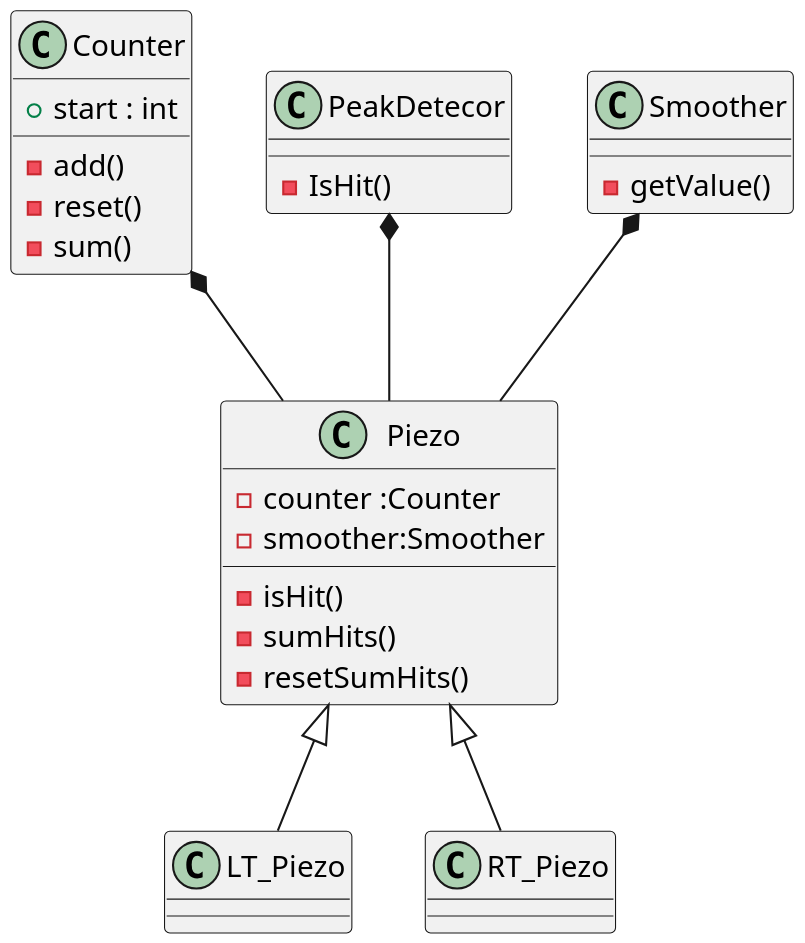
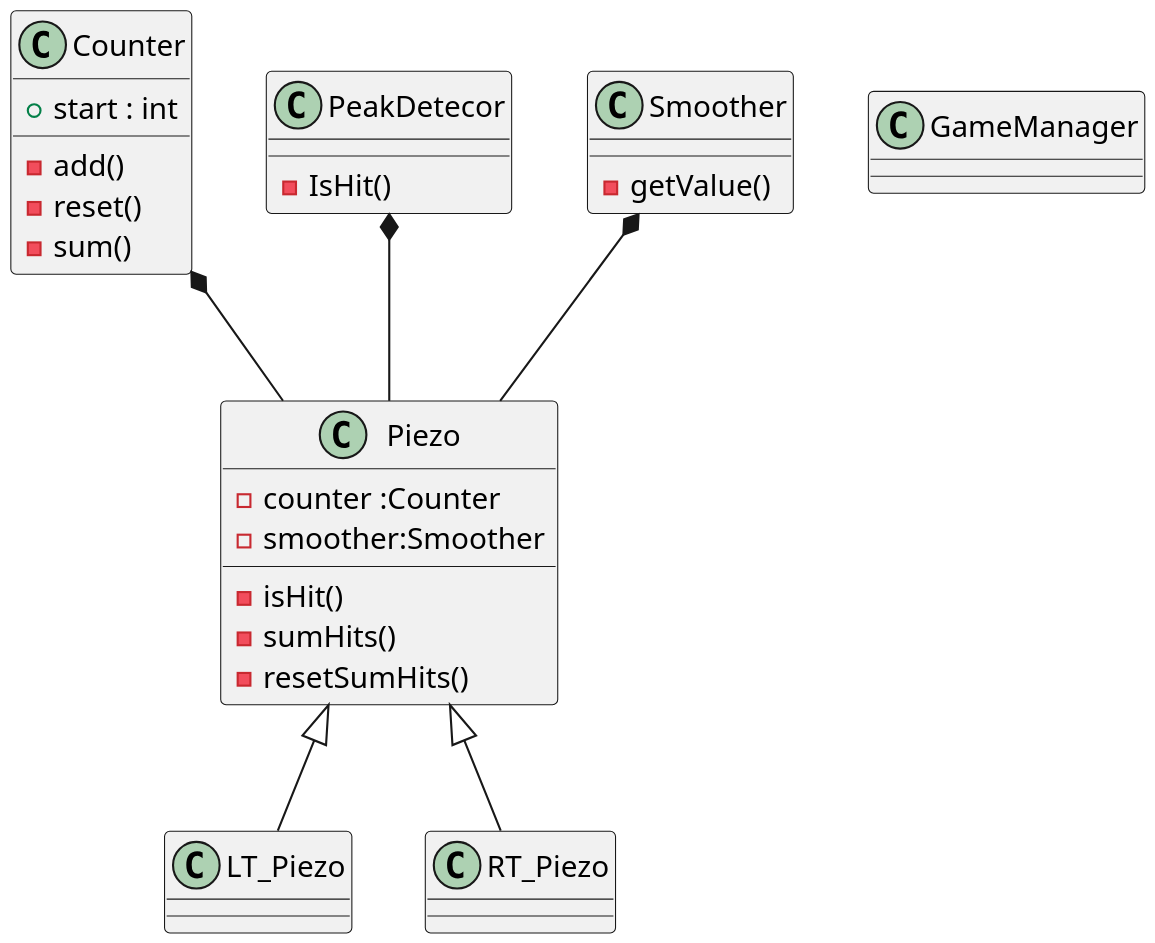
The diagram in LeftTeensy/src/uml.wsd (8JupiterMoll8/PingPong2022), drawn with PlantUML before and after one commit. The commit also changed 41 other files, not shown here.

```diff
--- a/LeftTeensy/src/uml.wsd
+++ b/LeftTeensy/src/uml.wsd
@@ -1,44 +1,47 @@
 @startuml
 scale 2
 class Piezo {
     - counter :Counter
     - smoother:Smoother
     -isHit()
     -sumHits()
     -resetSumHits()
 }
+
+class GameManager
+
 
 class Counter {
     +start : int
 
     -add()
     -reset()
     -sum()
 
 }
 class PeakDetecor
 {
     -IsHit()
 
 }
 class Smoother  {
     -getValue()
 
 }
 
 class LT_Piezo {
 
 }
 
 class RT_Piezo {
 
 }
 
 Piezo <|-- LT_Piezo
 Piezo <|-- RT_Piezo
 Counter *-- Piezo
 Smoother *-- Piezo
 PeakDetecor *-- Piezo
 
 
 @enduml
```
